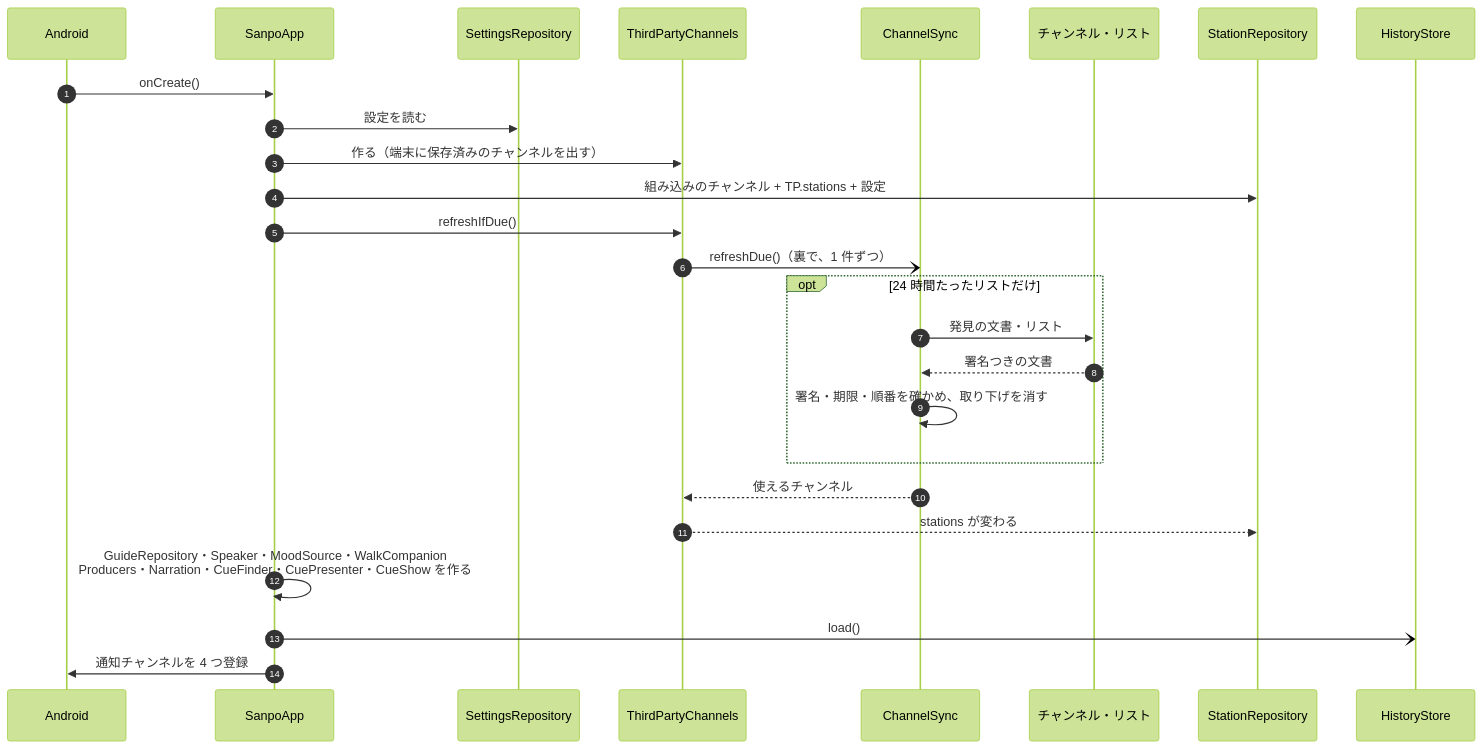
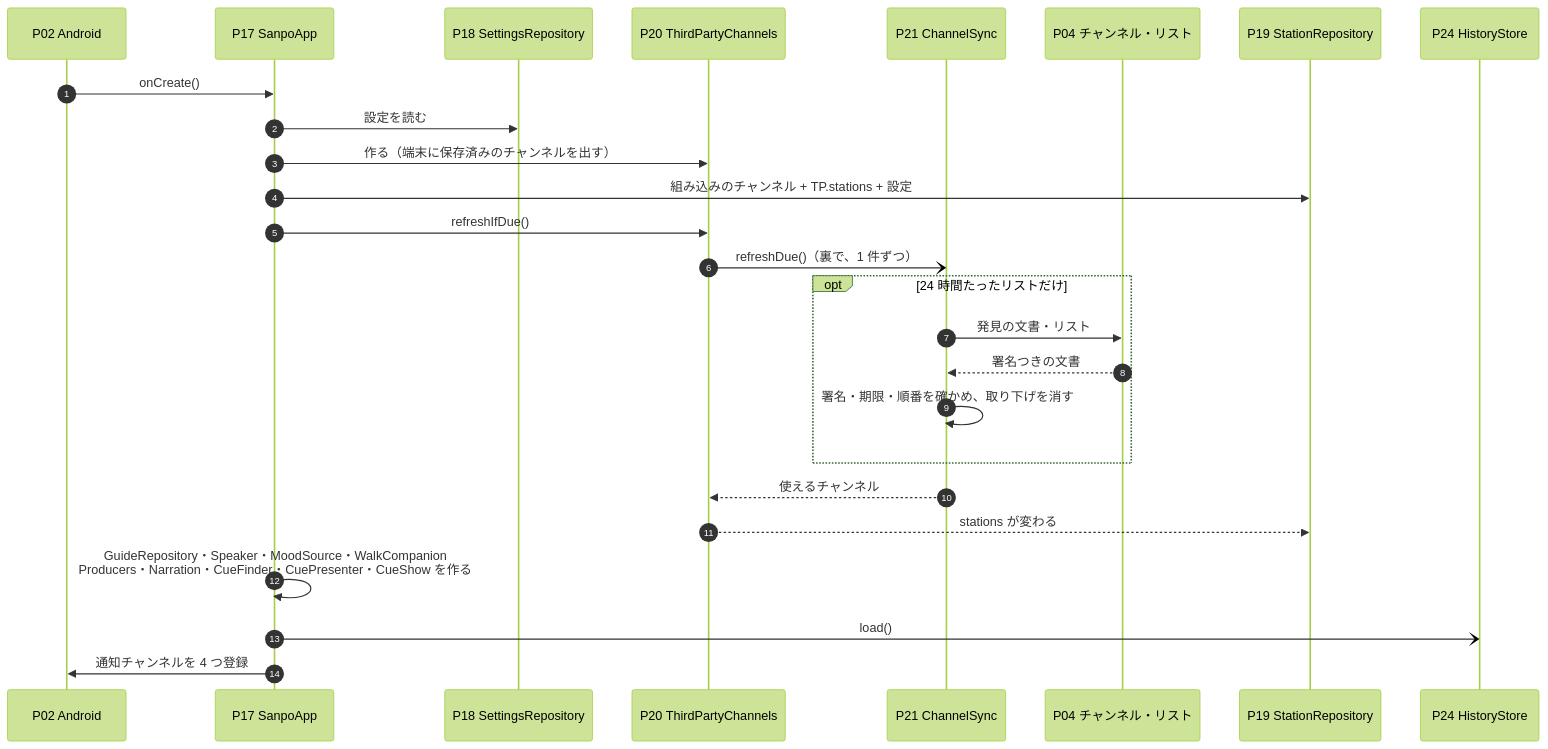
The first of 9 diagrams in docs/sequences.md (duwenji/yorisoi-sanpoguide), drawn with Mermaid (forest theme) before and after one commit. The commit also changed other lines of this file, not shown here.

First line of the commit message:
docs: detail each step of the sequence diagrams

````diff
--- a/docs/sequences.md
+++ b/docs/sequences.md
@@ -23,29 +73,29 @@
 ```mermaid
 sequenceDiagram
   autonumber
-  participant OS as Android
-  participant App as SanpoApp
-  participant Set as SettingsRepository
-  participant TP as ThirdPartyChannels
-  participant Sync as ChannelSync
-  participant List as チャンネル・リスト
-  participant Repo as StationRepository
-  participant Hist as HistoryStore
+  participant OS as P02 Android
+  participant App as P17 SanpoApp
+  participant Set as P18 SettingsRepository
+  participant TP as P20 ThirdPartyChannels
+  participant Sync as P21 ChannelSync
+  participant List as P04 チャンネル・リスト
+  participant Repo as P19 StationRepository
+  participant Hist as P24 HistoryStore
 
   OS->>App: onCreate()
   App->>Set: 設定を読む
   App->>TP: 作る（端末に保存済みのチャンネルを出す）
   App->>Repo: 組み込みのチャンネル + TP.stations + 設定
   App->>TP: refreshIfDue()
   TP-)Sync: refreshDue()（裏で、1 件ずつ）
   opt 24 時間たったリストだけ
     Sync->>List: 発見の文書・リスト
     List-->>Sync: 署名つきの文書
     Sync->>Sync: 署名・期限・順番を確かめ、取り下げを消す
   end
   Sync-->>TP: 使えるチャンネル
   TP-->>Repo: stations が変わる
   App->>App: GuideRepository・Speaker・MoodSource・WalkCompanion<br/>Producers・Narration・CueFinder・CuePresenter・CueShow を作る
   App-)Hist: load()
   App->>OS: 通知チャンネルを 4 つ登録
 ```
````
